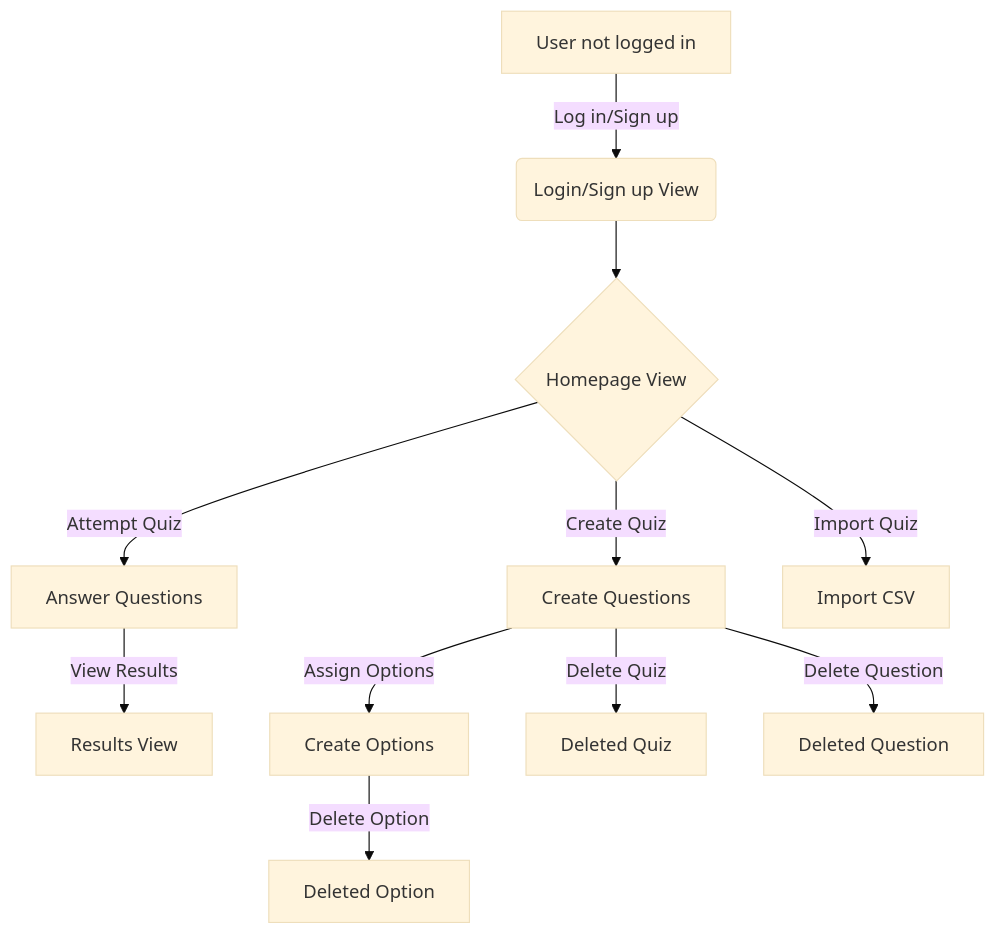
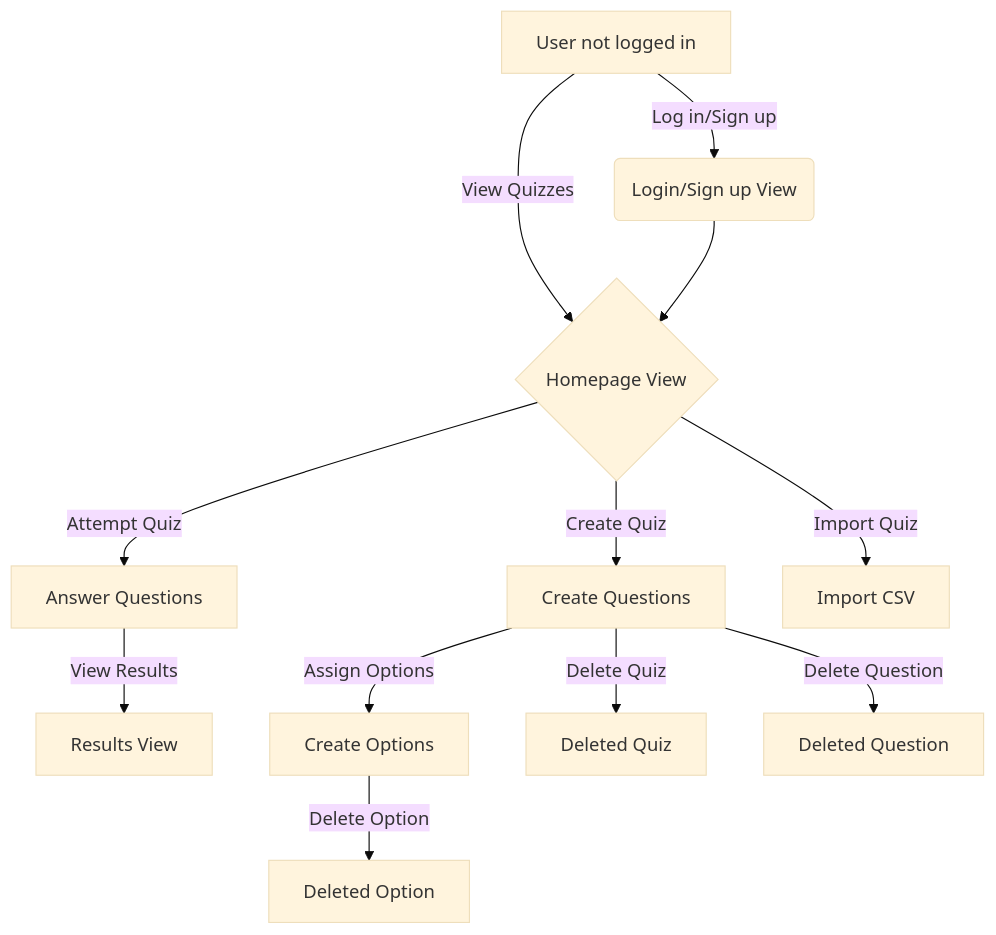
The first of 4 diagrams in README.md (KirsteenJ/COMP223-221-Final-Term-Project-Section-A-Quizzy), drawn with Mermaid (base theme) before and after one commit.

````diff
--- a/README.md
+++ b/README.md
@@ -14,14 +14,15 @@
 ```mermaid
 
 flowchart TD
     A[User not logged in] -->|Log in/Sign up| B(Login/Sign up View)
-    B --> C{Homepage View}
+    A -->|View Quizzes| C{Homepage View}
+    B --> C
     C -->|Attempt Quiz| D[Answer Questions]
     C -->|Create Quiz| E[Create Questions]
     C -->|Import Quiz| F[Import CSV]
     D -->|View Results| G[Results View]
     E -->|Assign Options| H[Create Options]
     E -->|Delete Quiz| I[Deleted Quiz]
     E -->|Delete Question| J[Deleted Question]
     H -->|Delete Option| K[Deleted Option]
 ```
````
